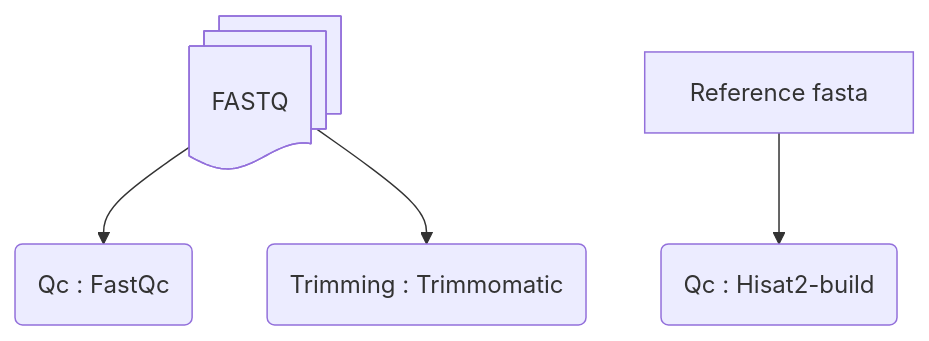
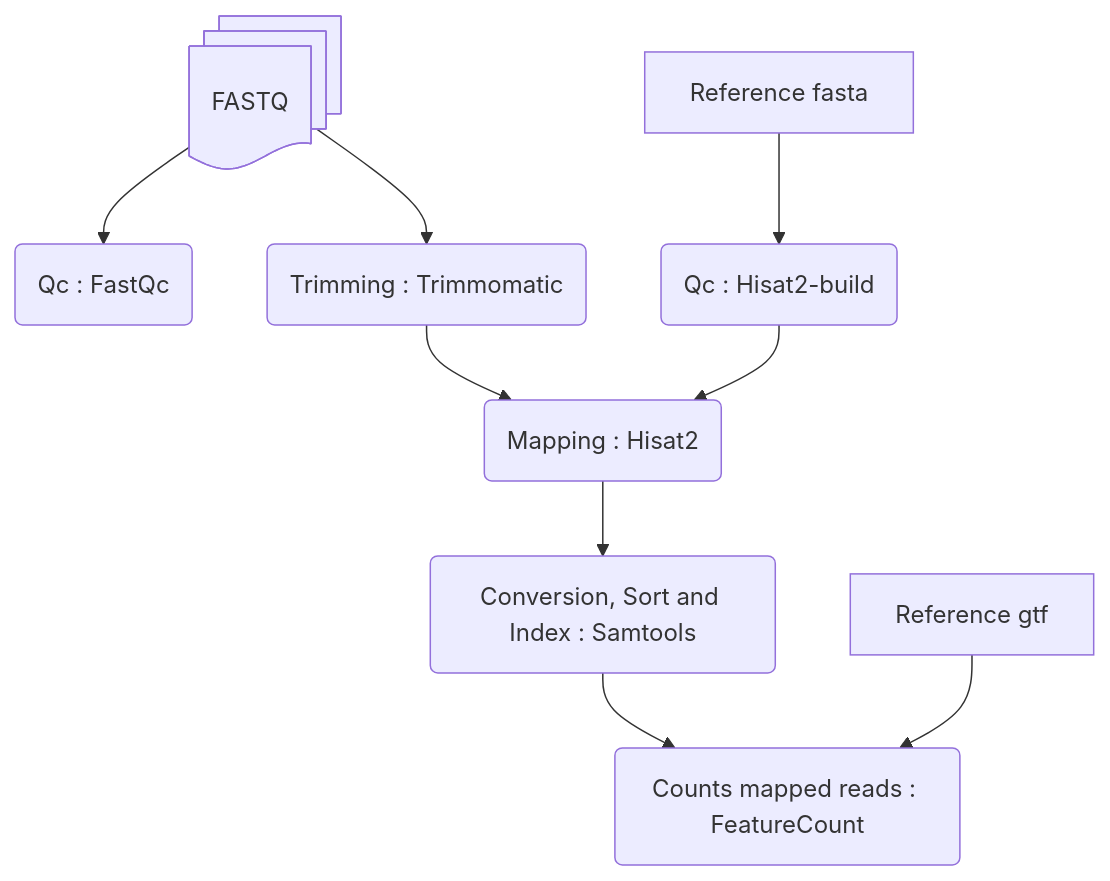
One commit to mathisnozais/BEX changed the diagram in 01_BulkRNA_preprocessing/README.md. Above: the diagram before and after it, drawn with Mermaid. The commit also changed other lines of this file, not shown here.

````diff
--- a/01_BulkRNA_preprocessing/README.md
+++ b/01_BulkRNA_preprocessing/README.md
@@ -6,7 +6,11 @@
 ```mermaid
 flowchart TD;
 	C@{ shape: docs, label: "FASTQ"} --> id1(Qc : FastQc)
 	C@{ shape: docs, label: "FASTQ"} --> id2(Trimming : Trimmomatic);
-     A@{ shape: rect, label: "Reference fasta" } --> id3(Qc : Hisat2-build)
+     A@{ shape: rect, label: "Reference fasta" } --> id3(Qc : Hisat2-build);
+     id3(Qc : Hisat2-build) --> id4(Mapping : Hisat2);
+     id2(Trimming : Trimmomatic) --> id4(Mapping : Hisat2);
+      id4(Mapping : Hisat2) --> id5(Conversion, Sort and Index : Samtools)-->id6(Counts mapped reads : FeatureCount);
+      B@{ shape: rect, label: "Reference gtf" } --> id6(Counts mapped reads : FeatureCount)
 
 ```
````
